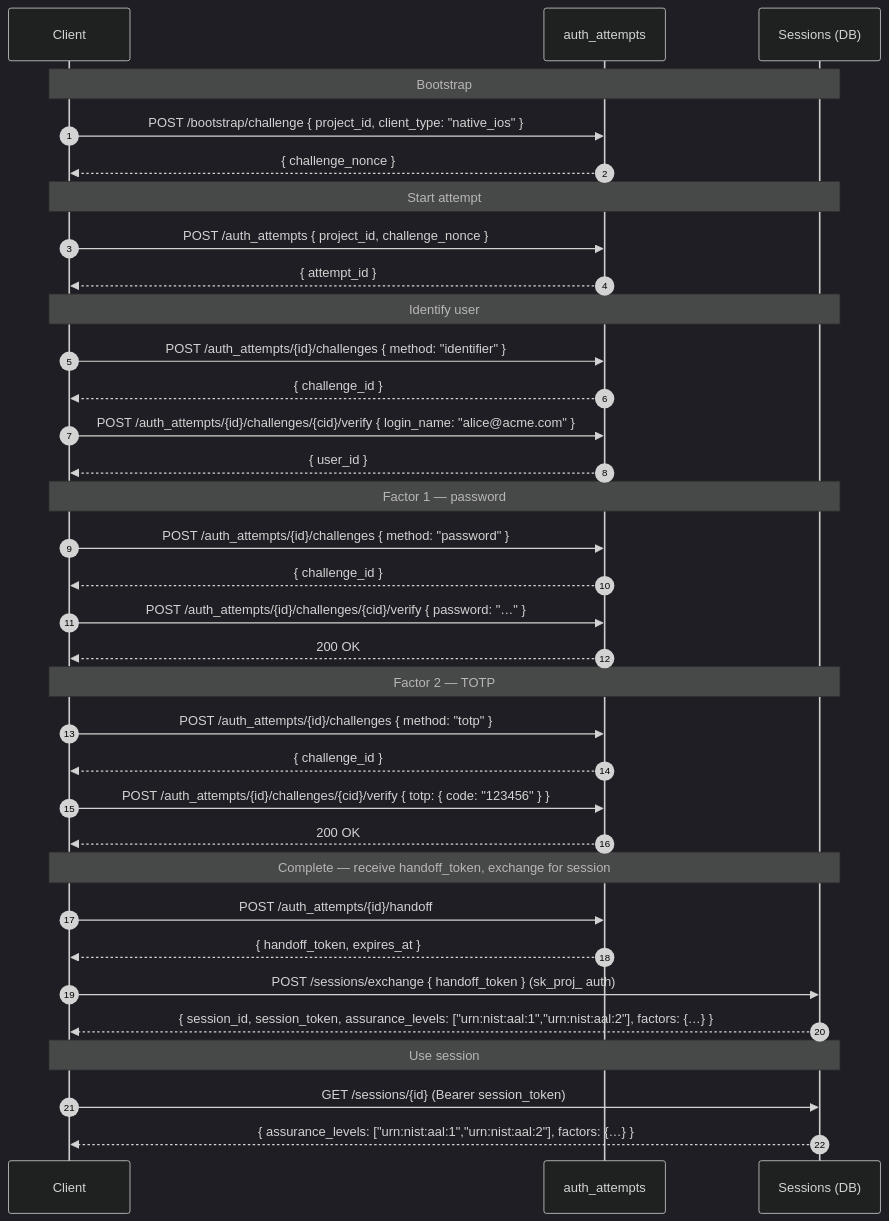
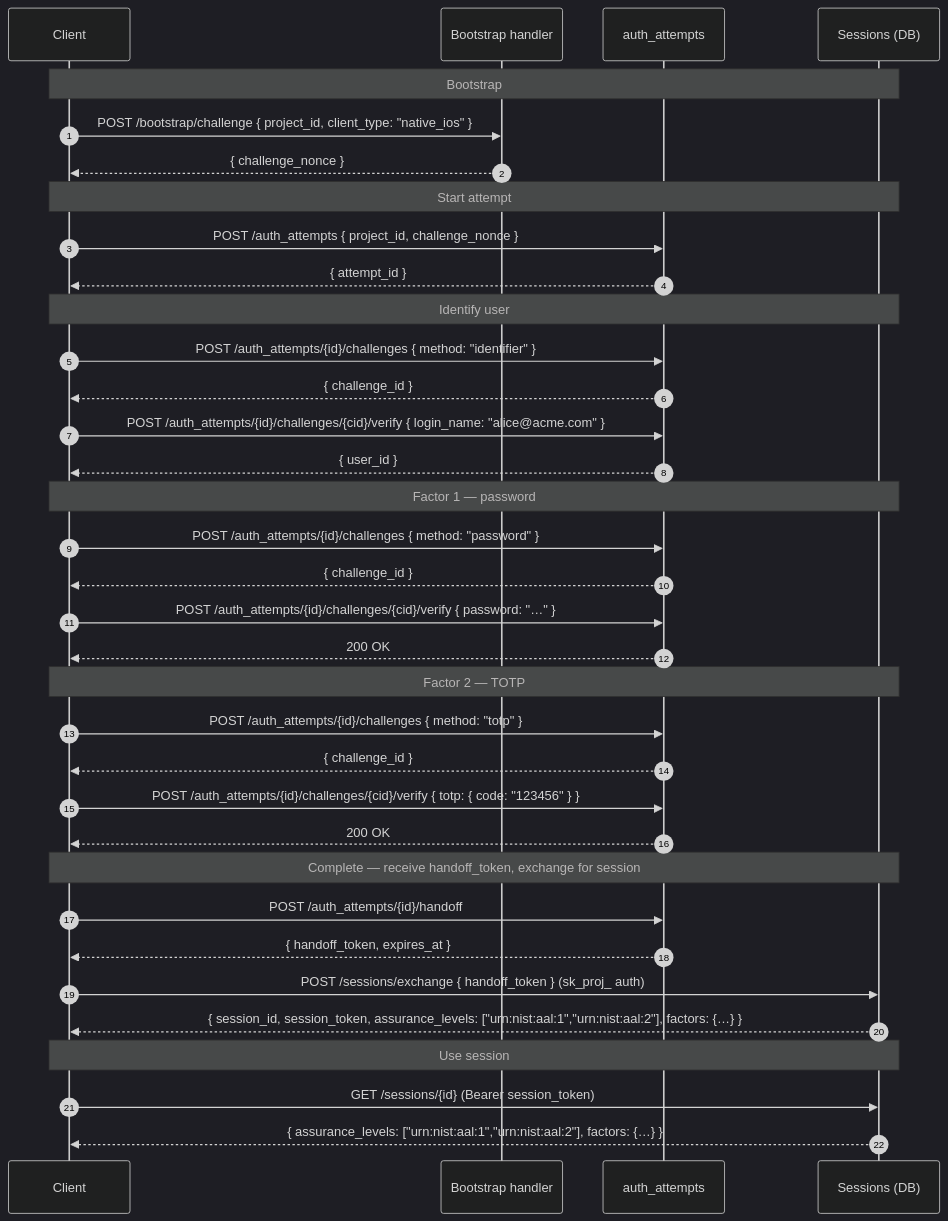
The second of 4 diagrams in docs/design/api/authn-and-auth-flows.md (zitadel/nextgen), drawn with Mermaid (dark theme) before and after one commit. The commit also changed other lines of this file and 2 other files, not shown here.

Commit message:
make flow to auth attempt communication internal

````diff
--- a/docs/design/api/authn-and-auth-flows.md
+++ b/docs/design/api/authn-and-auth-flows.md
@@ -230,53 +238,54 @@
 ```mermaid
 sequenceDiagram
     autonumber
     participant Client
+    participant Bootstrap as Bootstrap handler
     participant AuthAttempts as auth_attempts
     participant SessionDB as Sessions (DB)
 
     Note over Client,SessionDB: Bootstrap
 
-    Client->>AuthAttempts: POST /bootstrap/challenge { project_id, client_type: "native_ios" }
-    AuthAttempts-->>Client: { challenge_nonce }
+    Client->>Bootstrap: POST /bootstrap/challenge { project_id, client_type: "native_ios" }
+    Bootstrap-->>Client: { challenge_nonce }
 
     Note over Client,SessionDB: Start attempt
 
     Client->>AuthAttempts: POST /auth_attempts { project_id, challenge_nonce }
     AuthAttempts-->>Client: { attempt_id }
 
     Note over Client,SessionDB: Identify user
 
     Client->>AuthAttempts: POST /auth_attempts/{id}/challenges { method: "identifier" }
     AuthAttempts-->>Client: { challenge_id }
     Client->>AuthAttempts: POST /auth_attempts/{id}/challenges/{cid}/verify { login_name: "alice@acme.com" }
     AuthAttempts-->>Client: { user_id }
 
     Note over Client,SessionDB: Factor 1 — password
 
     Client->>AuthAttempts: POST /auth_attempts/{id}/challenges { method: "password" }
     AuthAttempts-->>Client: { challenge_id }
 
     Client->>AuthAttempts: POST /auth_attempts/{id}/challenges/{cid}/verify { password: "…" }
     AuthAttempts-->>Client: 200 OK
 
     Note over Client,SessionDB: Factor 2 — TOTP
 
     Client->>AuthAttempts: POST /auth_attempts/{id}/challenges { method: "totp" }
     AuthAttempts-->>Client: { challenge_id }
 
     Client->>AuthAttempts: POST /auth_attempts/{id}/challenges/{cid}/verify { totp: { code: "123456" } }
     AuthAttempts-->>Client: 200 OK
 
     Note over Client,SessionDB: Complete — receive handoff_token, exchange for session
 
     Client->>AuthAttempts: POST /auth_attempts/{id}/handoff
     AuthAttempts-->>Client: { handoff_token, expires_at }
 
     Client->>SessionDB: POST /sessions/exchange { handoff_token } (sk_proj_ auth)
     SessionDB-->>Client: { session_id, session_token, assurance_levels: ["urn:nist:aal:1","urn:nist:aal:2"], factors: {…} }
 
     Note over Client,SessionDB: Use session
 
     Client->>SessionDB: GET /sessions/{id} (Bearer session_token)
     SessionDB-->>Client: { assurance_levels: ["urn:nist:aal:1","urn:nist:aal:2"], factors: {…} }
 ```
````
